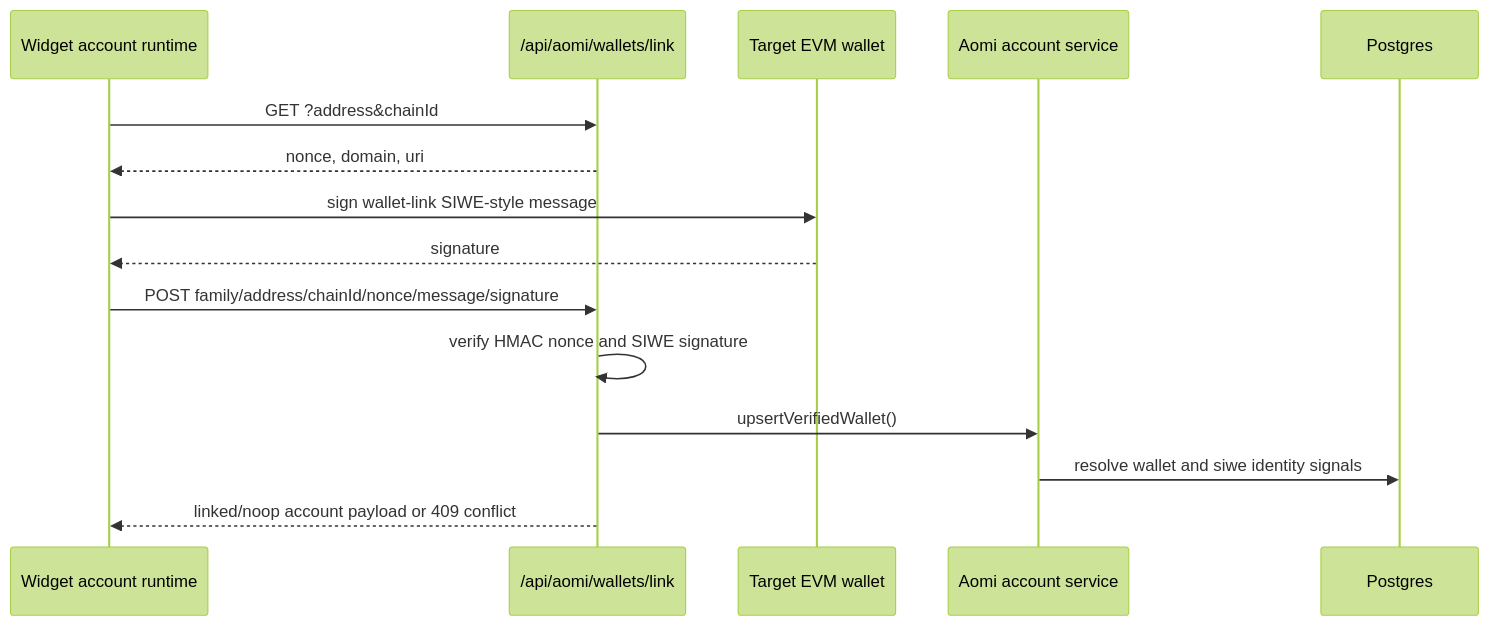
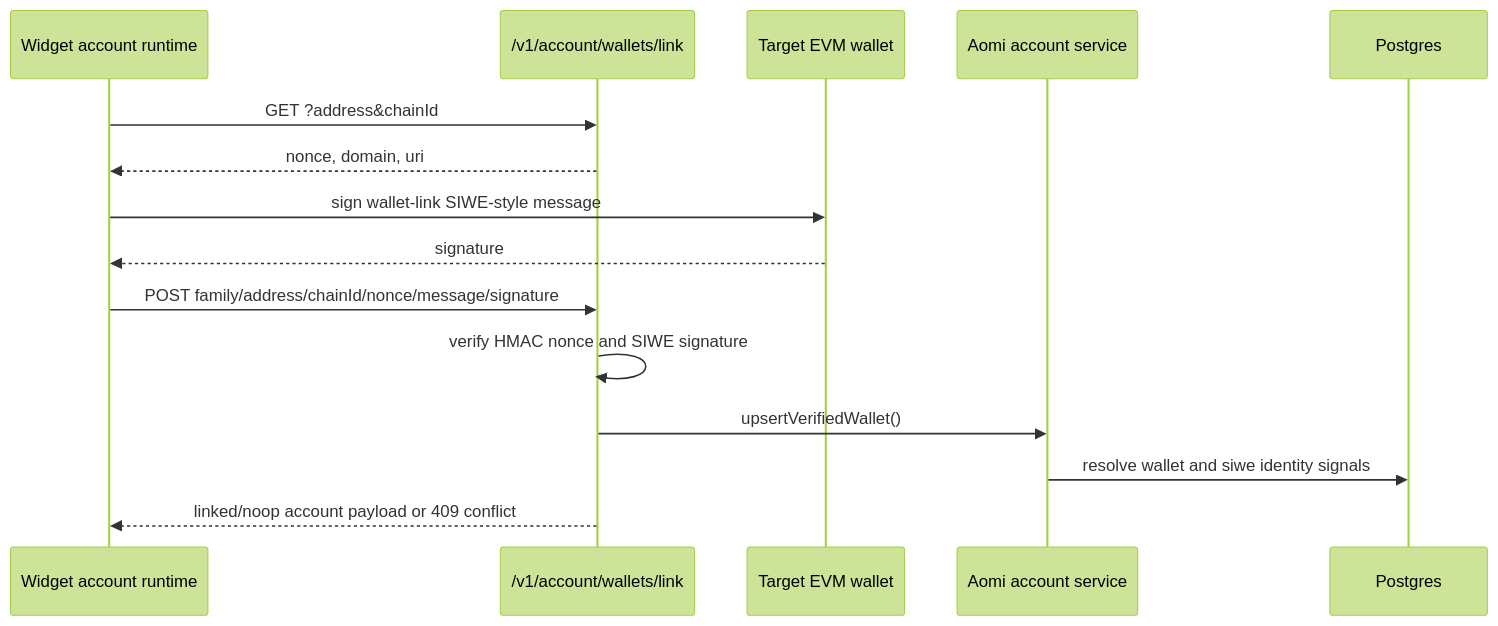
Before and after one commit to aomi-labs/aomi-widget: the sixth of 8 diagrams in specs/WIDGET-AUTH-PLAN.md, drawn with Mermaid (forest theme). The commit also changed other lines of this file and 22 other files, not shown here.

````diff
--- a/specs/WIDGET-AUTH-PLAN.md
+++ b/specs/WIDGET-AUTH-PLAN.md
@@ -354,18 +354,18 @@
 ```mermaid
 sequenceDiagram
   participant Kit as Widget account runtime
-  participant API as /api/aomi/wallets/link
+  participant API as /v1/account/wallets/link
   participant Wallet as Target EVM wallet
   participant Account as Aomi account service
   participant DB as Postgres
 
   Kit->>API: GET ?address&chainId
   API-->>Kit: nonce, domain, uri
   Kit->>Wallet: sign wallet-link SIWE-style message
   Wallet-->>Kit: signature
   Kit->>API: POST family/address/chainId/nonce/message/signature
   API->>API: verify HMAC nonce and SIWE signature
   API->>Account: upsertVerifiedWallet()
   Account->>DB: resolve wallet and siwe identity signals
   API-->>Kit: linked/noop account payload or 409 conflict
 ```
````
